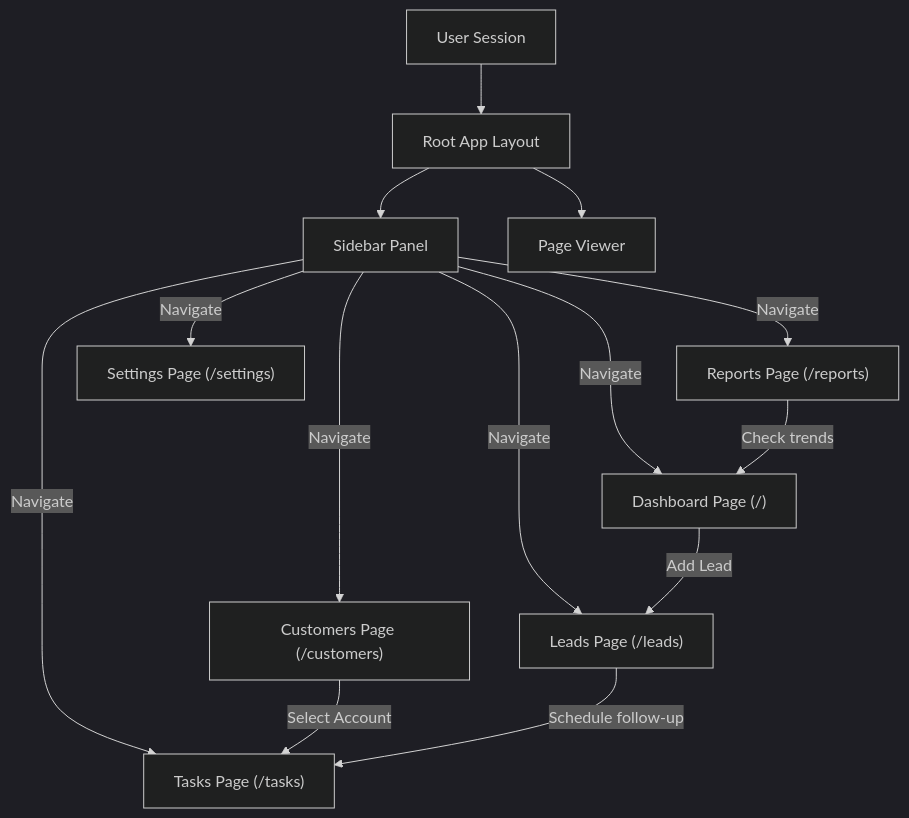
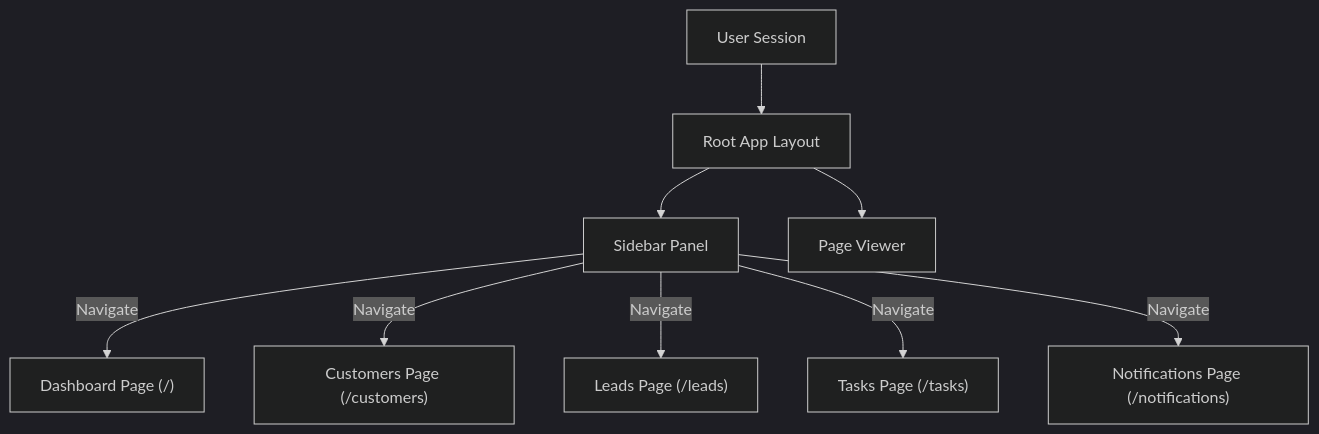
The first of 2 diagrams in SCREENTOUR.md (nandakumar-nandu/NexusCRM), drawn with Mermaid (dark theme) before and after one commit. The commit also changed other lines of this file and 21 other files, not shown here.

````diff
--- a/SCREENTOUR.md
+++ b/SCREENTOUR.md
@@ -60,19 +74,13 @@
 ```mermaid
 graph TD
     UserApp[User Session] --> RootLayout[Root App Layout]
     
     RootLayout --> Sidebar[Sidebar Panel]
     RootLayout --> Page[Page Viewer]
     
     Sidebar -->|Navigate| P1["Dashboard Page (/)"]
     Sidebar -->|Navigate| P2["Customers Page (/customers)"]
     Sidebar -->|Navigate| P3["Leads Page (/leads)"]
     Sidebar -->|Navigate| P4["Tasks Page (/tasks)"]
-    Sidebar -->|Navigate| P5["Reports Page (/reports)"]
-    Sidebar -->|Navigate| P6["Settings Page (/settings)"]
-    
-    P1 -->|Add Lead| P3
-    P2 -->|Select Account| P4
-    P3 -->|Schedule follow-up| P4
-    P5 -->|Check trends| P1
+    Sidebar -->|Navigate| P5["Notifications Page (/notifications)"]
 ```
````
